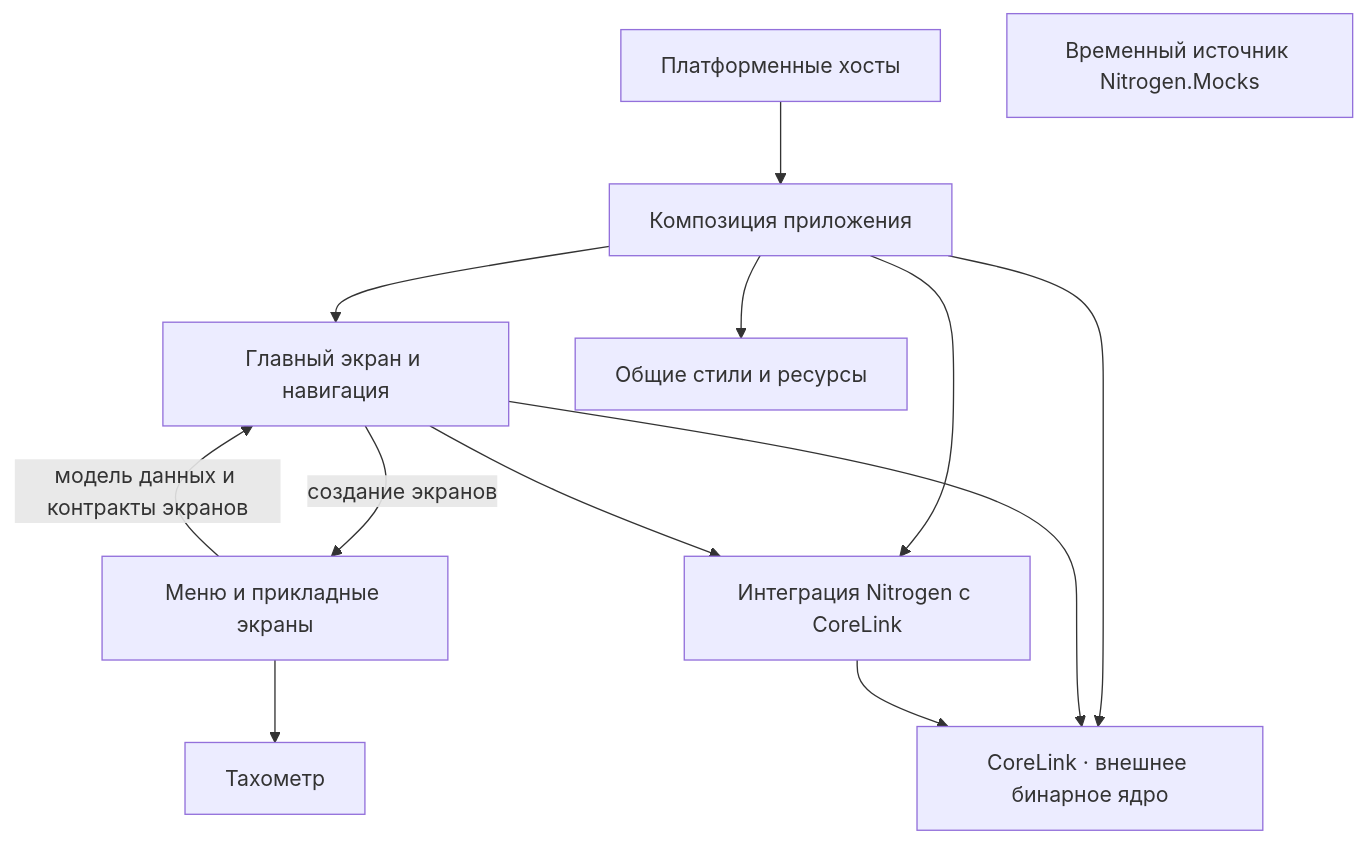
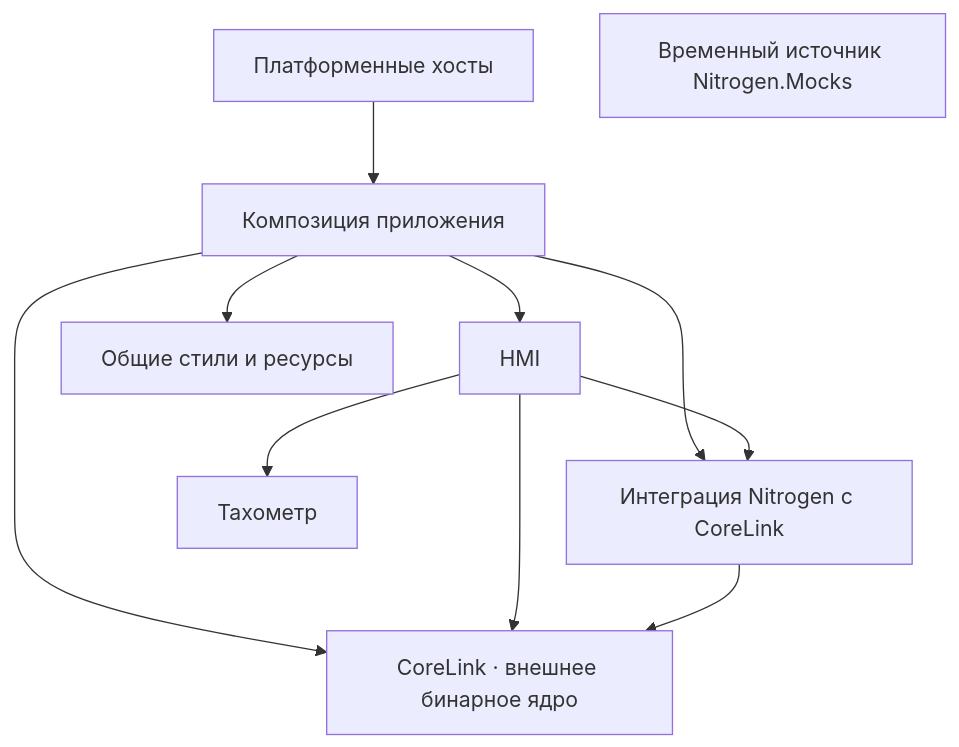
One commit to Bodden007/Nitrogen changed the diagram in docs/ARCHITECTURE.md. Above: the diagram before and after it, drawn with Mermaid. The commit also changed other lines of this file and 4 other files, not shown here.

````diff
--- a/docs/ARCHITECTURE.md
+++ b/docs/ARCHITECTURE.md
@@ -19,15 +19,13 @@
 ```mermaid
 graph TD
     Hosts["Платформенные хосты"] --> Composition["Композиция приложения"]
-    Composition --> Shell["Главный экран и навигация"]
+    Composition --> HMI["HMI"]
     Composition --> Resources["Общие стили и ресурсы"]
     Composition --> Integration["Интеграция Nitrogen с CoreLink"]
     Composition --> Core["CoreLink · внешнее бинарное ядро"]
-    Shell -->|создание экранов| Screens["Меню и прикладные экраны"]
-    Screens -->|модель данных и контракты экранов| Shell
-    Shell --> Integration
-    Shell --> Core
-    Screens --> Tachometer["Тахометр"]
+    HMI --> Integration
+    HMI --> Core
+    HMI --> Tachometer["Тахометр"]
     Integration --> Core
     Mocks["Временный источник Nitrogen.Mocks"]
 ```
````
